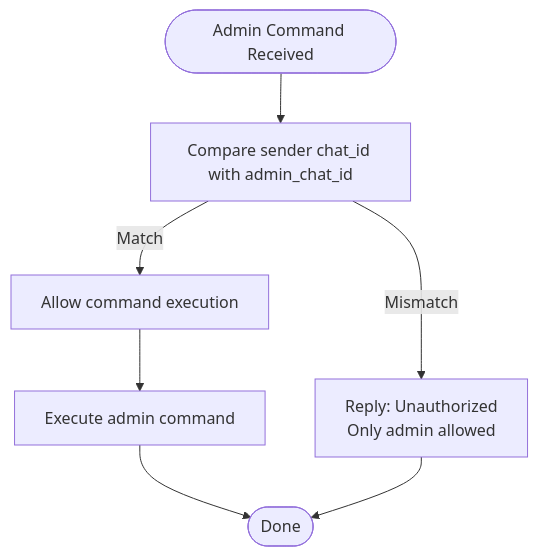
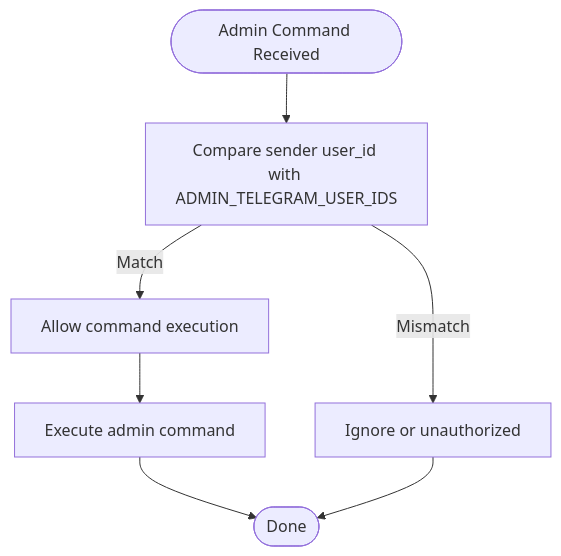
One commit to tashifkhan/tashif.codes changed the eighth of 18 diagrams in src/data/docs/jiit-placement-alerts/Architecture & Design/API Architecture & Endpoints/Telegram Bot API.md. Above: the diagram before and after it, drawn with Mermaid. The commit also changed other lines of this file and 2128 other files, not shown here.

First line of the commit message:
docs: replace raster diagram images with native Mermaid across project guides

````diff
--- a/src/data/docs/jiit-placement-alerts/Architecture & Design/API Architecture & Endpoints/Telegram Bot API.md
+++ b/src/data/docs/jiit-placement-alerts/Architecture & Design/API Architecture & Endpoints/Telegram Bot API.md
@@ -199,9 +206,9 @@
 ```mermaid
 flowchart TD
-Start([Admin Command Received]) --> CheckChat["Compare sender chat_id with admin_chat_id"]
+Start([Admin Command Received]) --> CheckChat["Compare sender user_id with ADMIN_TELEGRAM_USER_IDS"]
 CheckChat --> |Match| Allow["Allow command execution"]
-CheckChat --> |Mismatch| Deny["Reply: Unauthorized<br/>Only admin allowed"]
+CheckChat --> |Mismatch| Deny["Ignore or unauthorized"]
 Allow --> Execute["Execute admin command"]
 Execute --> End([Done])
 Deny --> End
 ```
````
